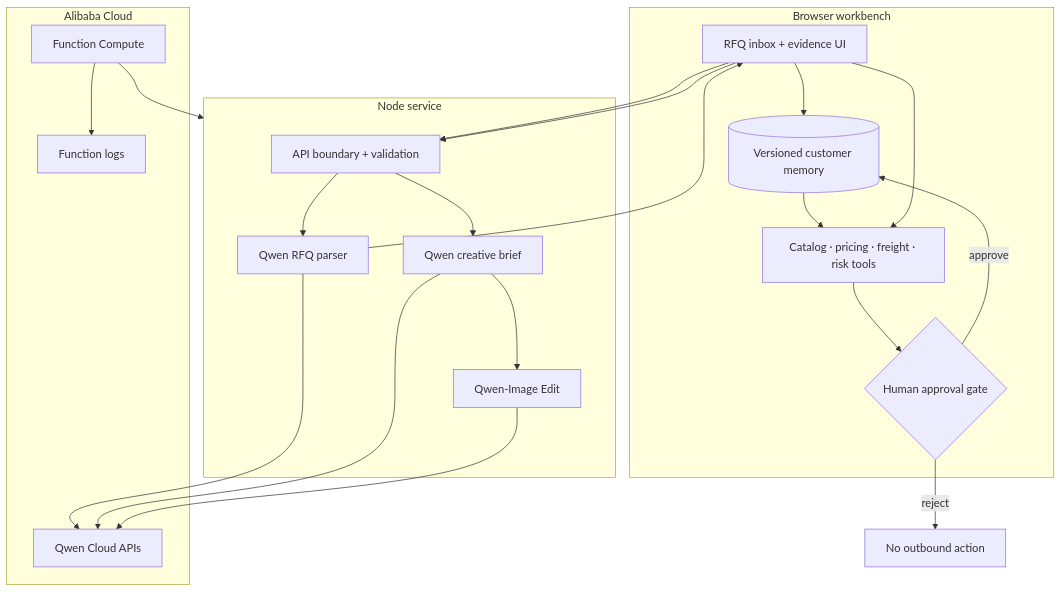
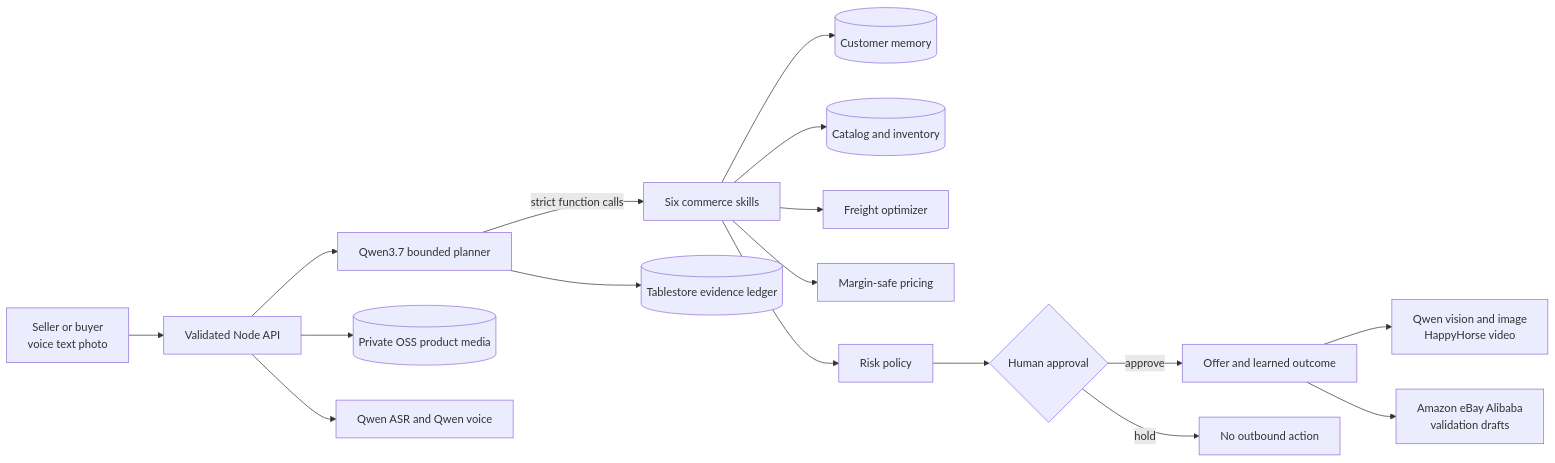
Before and after one commit to mongonsh/QuoteX: the diagram in docs/ARCHITECTURE.md, drawn with Mermaid. The commit also changed other lines of this file and 115 other files, not shown here.

Commit message:
feat: complete judge-ready Qwen commerce agent

````diff
--- a/docs/ARCHITECTURE.md
+++ b/docs/ARCHITECTURE.md
@@ -7,34 +13,19 @@
 ```mermaid
-flowchart TB
-    subgraph Browser[Browser workbench]
-      UI[RFQ inbox + evidence UI]
-      MEM[(Versioned customer memory)]
-      TOOLS[Catalog · pricing · freight · risk tools]
-      GATE{Human approval gate}
-    end
-
-    subgraph Server[Node service]
-      API[API boundary + validation]
-      PARSER[Qwen RFQ parser]
-      CREATIVE[Qwen creative brief]
-      IMAGE[Qwen-Image Edit]
-    end
-
-    subgraph Alibaba[Alibaba Cloud]
-      FC[Function Compute]
-      QWEN[Qwen Cloud APIs]
-      LOGS[Function logs]
-    end
-
-    UI --> API --> PARSER --> QWEN
-    PARSER --> UI
-    UI --> MEM
-    MEM --> TOOLS
-    UI --> TOOLS --> GATE
-    GATE -->|approve| MEM
-    GATE -->|reject| STOP[No outbound action]
-    UI --> API --> CREATIVE --> QWEN
-    CREATIVE --> IMAGE --> QWEN
-    FC --> Server
-    FC --> LOGS
+flowchart LR
+    USER[Seller or buyer\nvoice text photo] --> API[Validated Node API]
+    API --> PLAN[Qwen3.7 bounded planner]
+    PLAN -->|strict function calls| SKILLS[Six commerce skills]
+    SKILLS --> MEMORY[(Customer memory)]
+    SKILLS --> CATALOG[(Catalog and inventory)]
+    SKILLS --> ROUTE[Freight optimizer]
+    SKILLS --> PRICE[Margin-safe pricing]
+    SKILLS --> POLICY[Risk policy]
+    POLICY --> GATE{Human approval}
+    GATE -->|approve| OFFER[Offer and learned outcome]
+    GATE -->|hold| STOP[No outbound action]
+    PLAN --> LEDGER[(Tablestore evidence ledger)]
+    API --> OBJECTS[(Private OSS product media)]
+    OFFER --> MEDIA[Qwen vision and image\nHappyHorse video]
+    OFFER --> MARKET[Amazon eBay Alibaba\nvalidation drafts]
+    API --> VOICE[Qwen ASR and Qwen voice]
 ```
````
